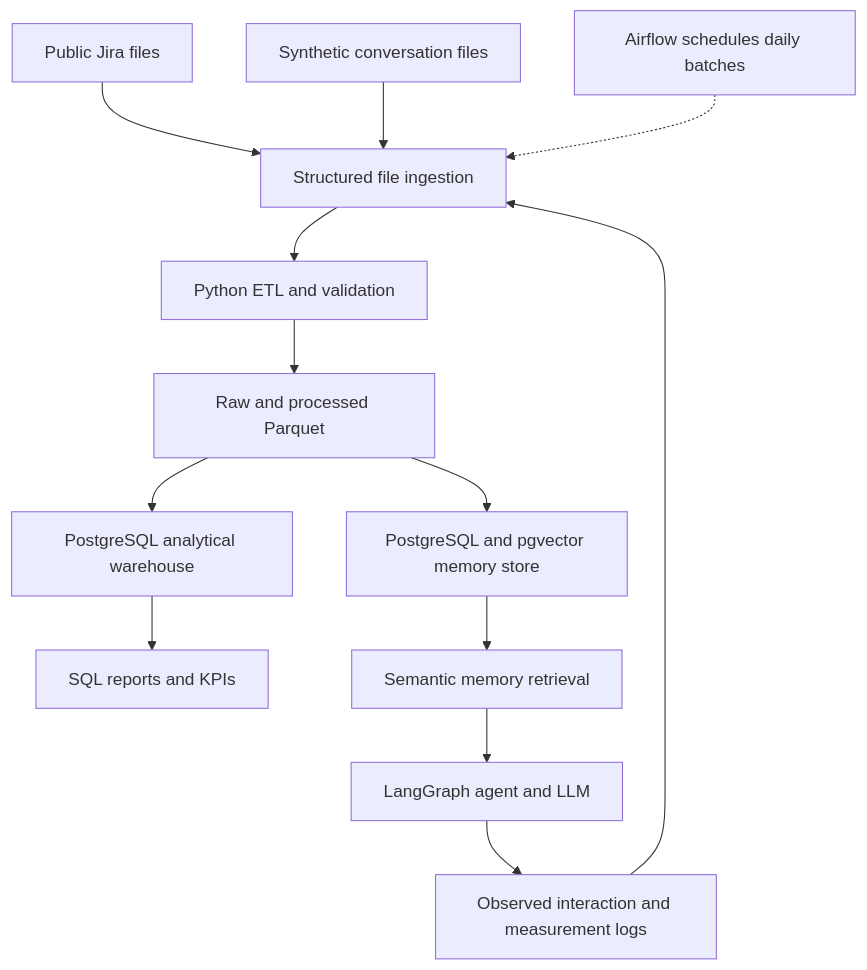
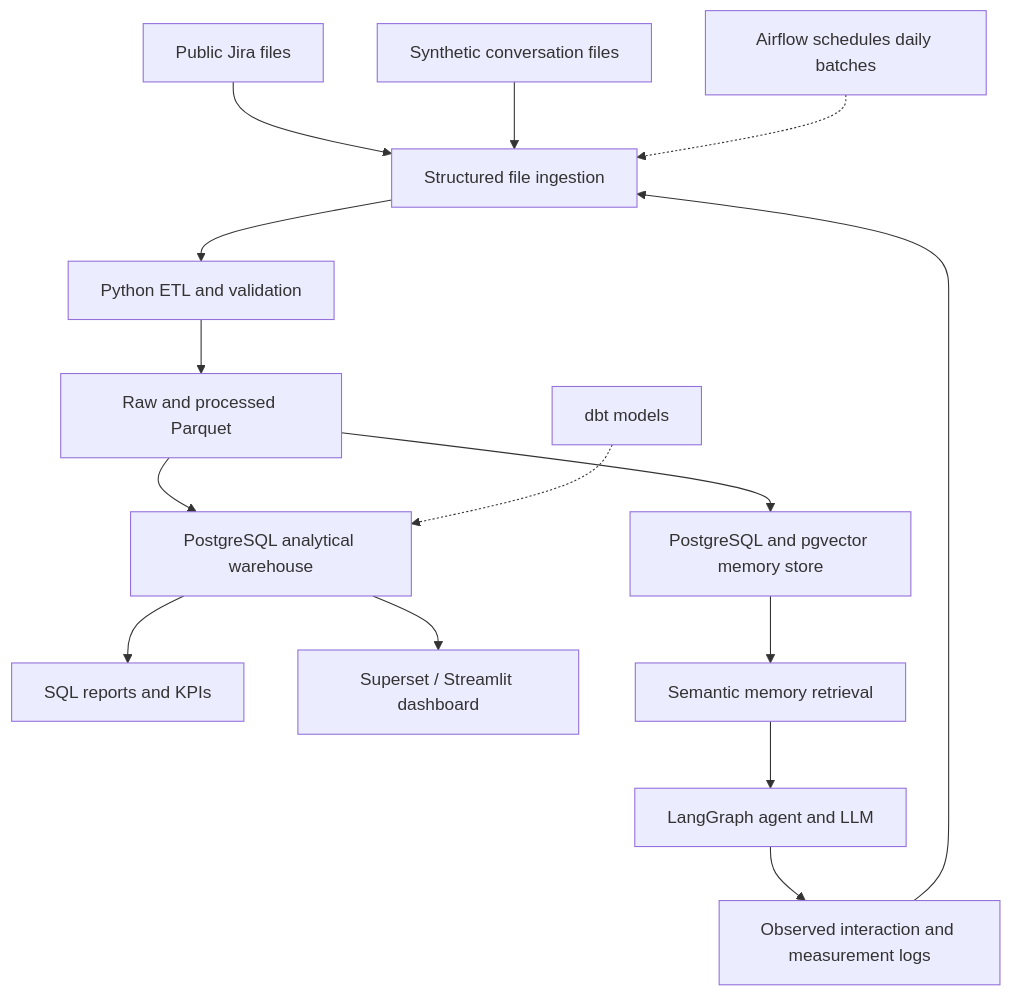
The diagram in README.md (muhammadzain727/agent-memory-pipeline), drawn with Mermaid before and after one commit. The commit also changed other lines of this file, not shown here.

````diff
--- a/README.md
+++ b/README.md
@@ -79,15 +95,17 @@
 ```mermaid
 flowchart TD
   J["Public Jira files"] --> I["Structured file ingestion"]
   C["Synthetic conversation files"] --> I
   I --> E["Python ETL and validation"]
   E --> P["Raw and processed Parquet"]
   P --> W["PostgreSQL analytical warehouse"]
   W --> R["SQL reports and KPIs"]
+  W --> V["Superset / Streamlit dashboard"]
   P --> M["PostgreSQL and pgvector memory store"]
   M --> T["Semantic memory retrieval"]
   T --> A["LangGraph agent and LLM"]
   A --> L["Observed interaction and measurement logs"]
   L --> I
   O["Airflow schedules daily batches"] -.-> I
+  DBT["dbt models"] -.-> W
 ```
````
